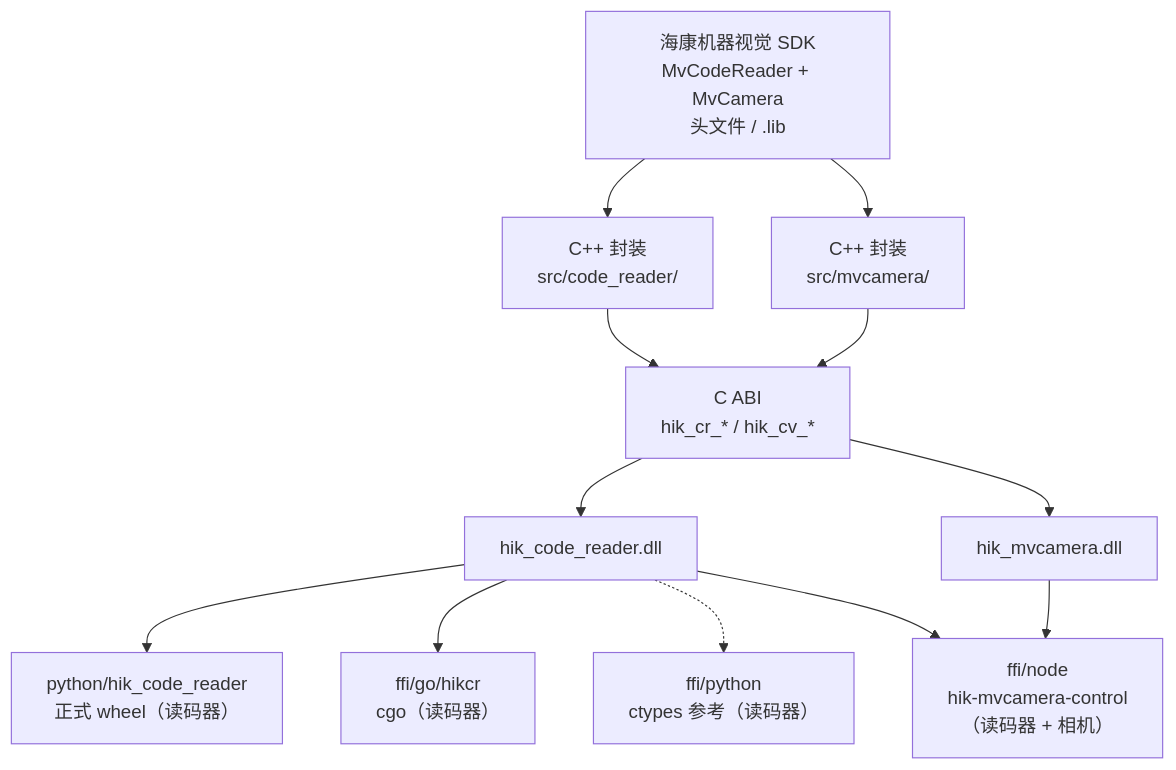
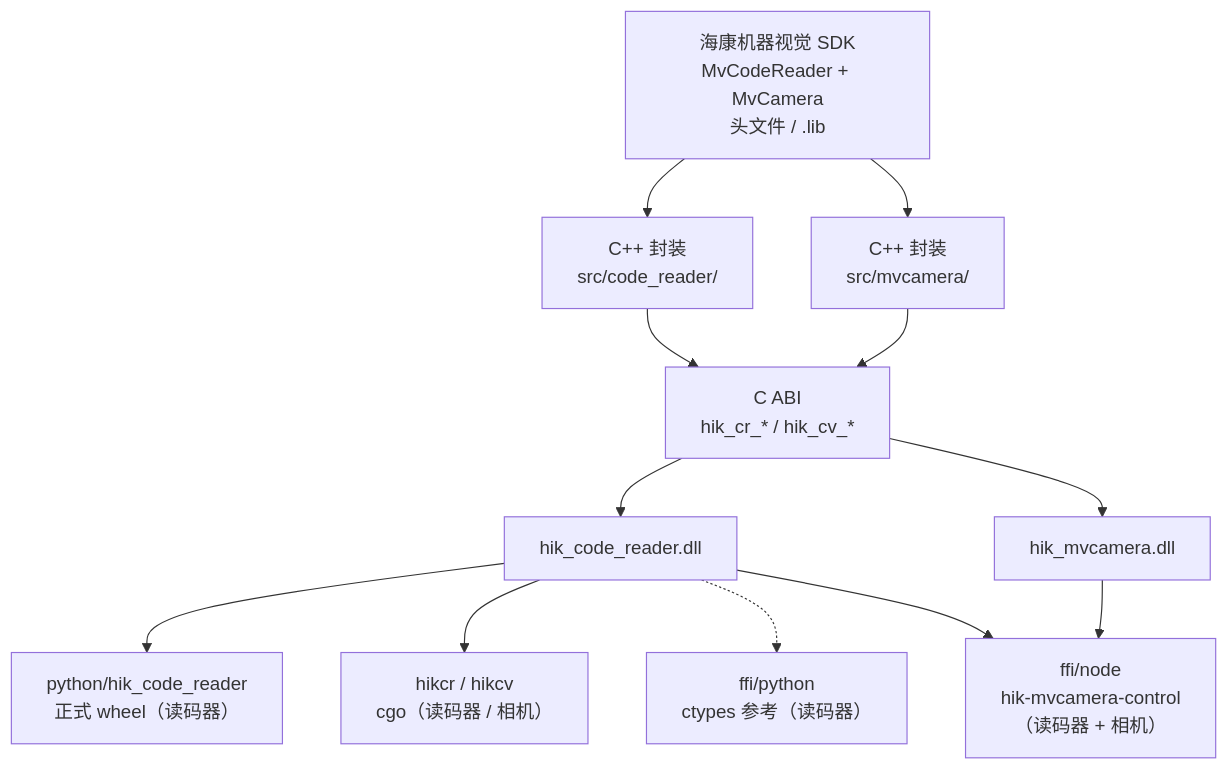
One commit to snippet0809/hik-mvcamera-control changed the diagram in README.md. Above: the diagram before and after it, drawn with Mermaid. The commit also changed other lines of this file, not shown here.

````diff
--- a/README.md
+++ b/README.md
@@ -11,20 +11,20 @@
 ```mermaid
 flowchart TB
   SDK["海康机器视觉 SDK\nMvCodeReader + MvCamera\n头文件 / .lib"]
   CPPR["C++ 封装\nsrc/code_reader/"]
   CPPM["C++ 封装\nsrc/mvcamera/"]
   CAPI["C ABI\nhik_cr_* / hik_cv_*"]
   DLLR["hik_code_reader.dll"]
   DLLM["hik_mvcamera.dll"]
   PY["python/hik_code_reader\n正式 wheel（读码器）"]
-  G["ffi/go/hikcr\ncgo（读码器）"]
+  G["hikcr / hikcv\ncgo（读码器 / 相机）"]
   PYref["ffi/python\nctypes 参考（读码器）"]
   NODE["ffi/node\nhik-mvcamera-control\n（读码器 + 相机）"]
   SDK --> CPPR --> CAPI --> DLLR
   SDK --> CPPM --> CAPI --> DLLM
   DLLR --> PY
   DLLR --> G
   DLLR -.-> PYref
   DLLR --> NODE
   DLLM --> NODE
 ```
````
